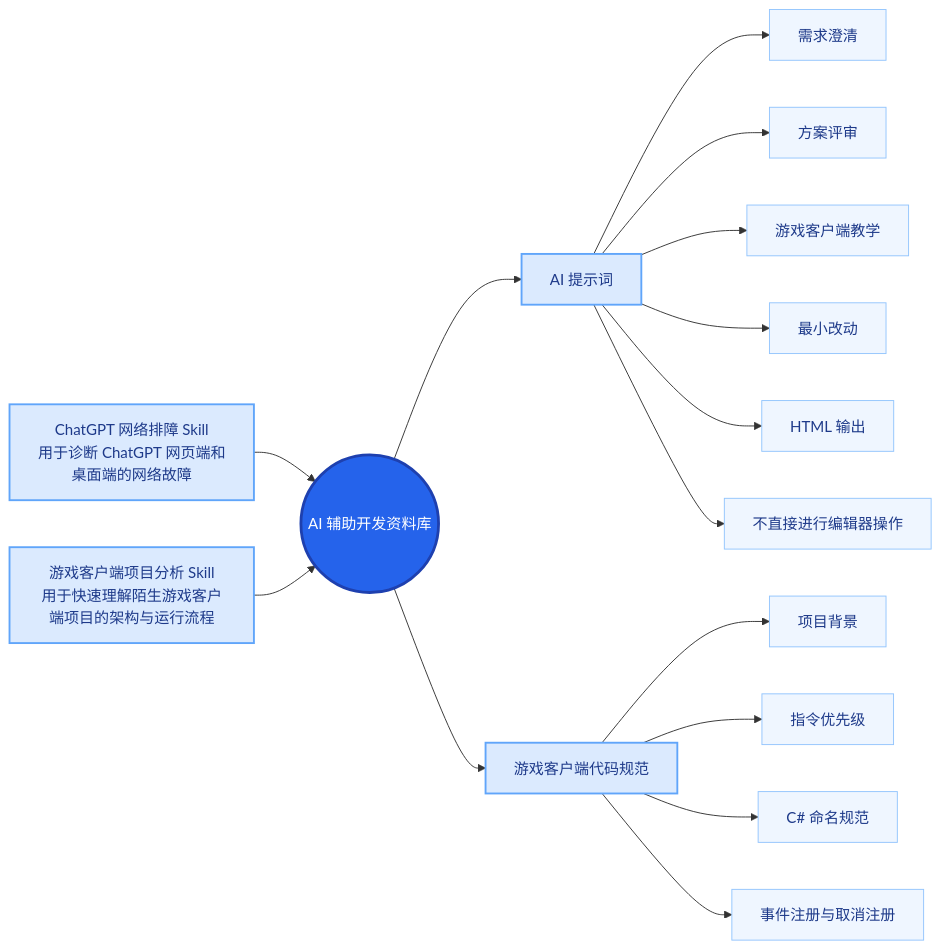
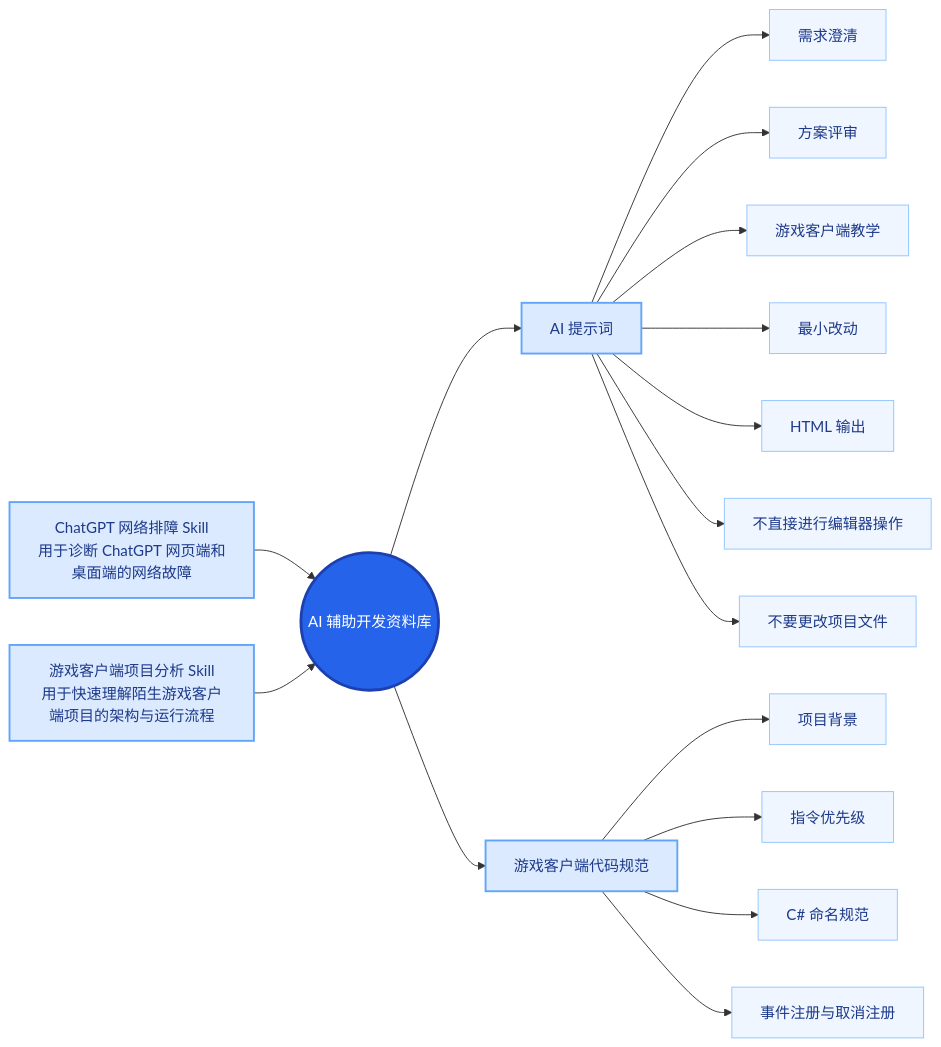
The diagram in README.md (Amolao/MySkill), drawn with Mermaid before and after one commit.

````diff
--- a/README.md
+++ b/README.md
@@ -4,32 +4,33 @@
 ```mermaid
 flowchart LR
     %% 左侧分支
     A[ChatGPT 网络排障 Skill<br/>用于诊断 ChatGPT 网页端和桌面端的网络故障]
     B[游戏客户端项目分析 Skill<br/>用于快速理解陌生游戏客户端项目的架构与运行流程]
 
     A --> R((AI 辅助开发资料库))
     B --> R
 
     %% 右侧分支
     R --> C[AI 提示词]
     C --> C1[需求澄清]
     C --> C2[方案评审]
     C --> C3[游戏客户端教学]
     C --> C4[最小改动]
     C --> C5[HTML 输出]
     C --> C6[不直接进行编辑器操作]
+    C --> C7[不要更改项目文件]
 
     R --> D[游戏客户端代码规范]
     D --> D1[项目背景]
     D --> D2[指令优先级]
     D --> D3[C# 命名规范]
     D --> D4[事件注册与取消注册]
 
     classDef root fill:#2563eb,color:#fff,stroke:#1e40af,stroke-width:3px;
     classDef branch fill:#dbeafe,color:#1e3a8a,stroke:#60a5fa,stroke-width:2px;
     classDef item fill:#eff6ff,color:#1e3a8a,stroke:#93c5fd;
 
     class R root;
     class A,B,C,D branch;
-    class C1,C2,C3,C4,C5,C6,D1,D2,D3,D4 item;
+    class C1,C2,C3,C4,C5,C6,C7,D1,D2,D3,D4 item;
 ```
````
